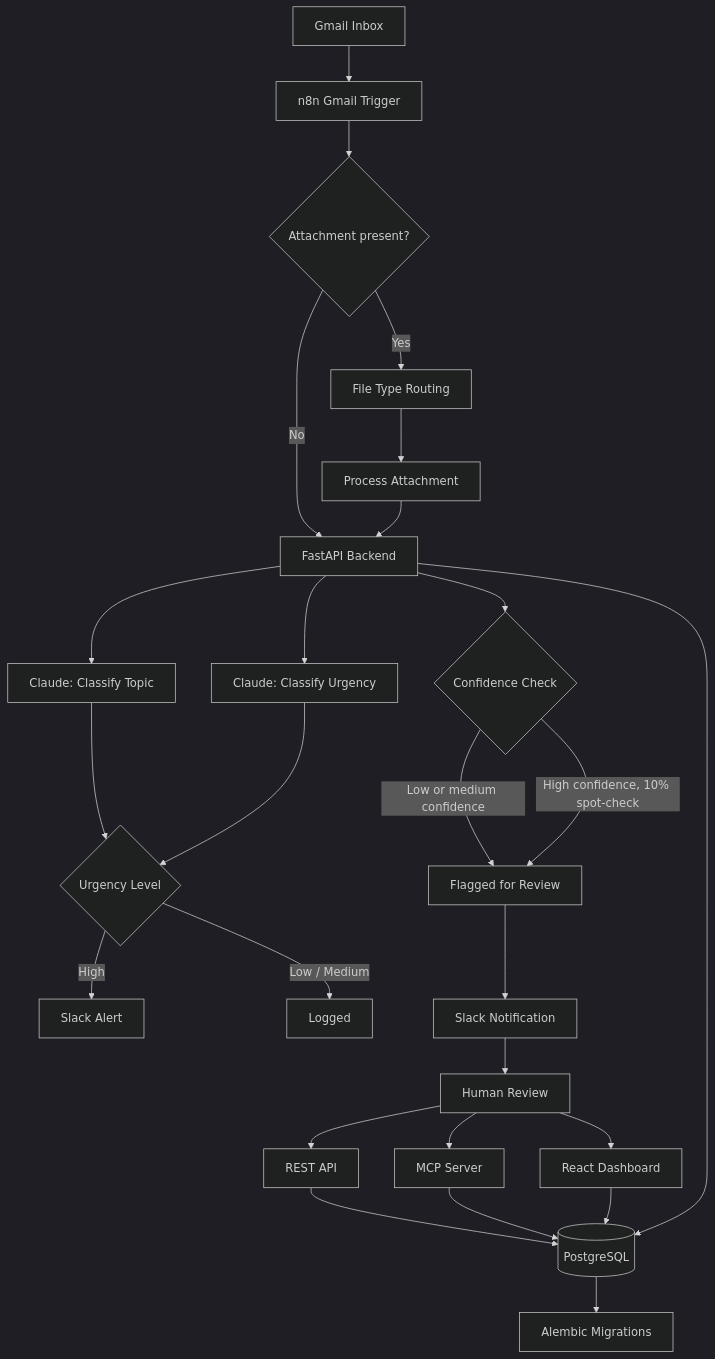
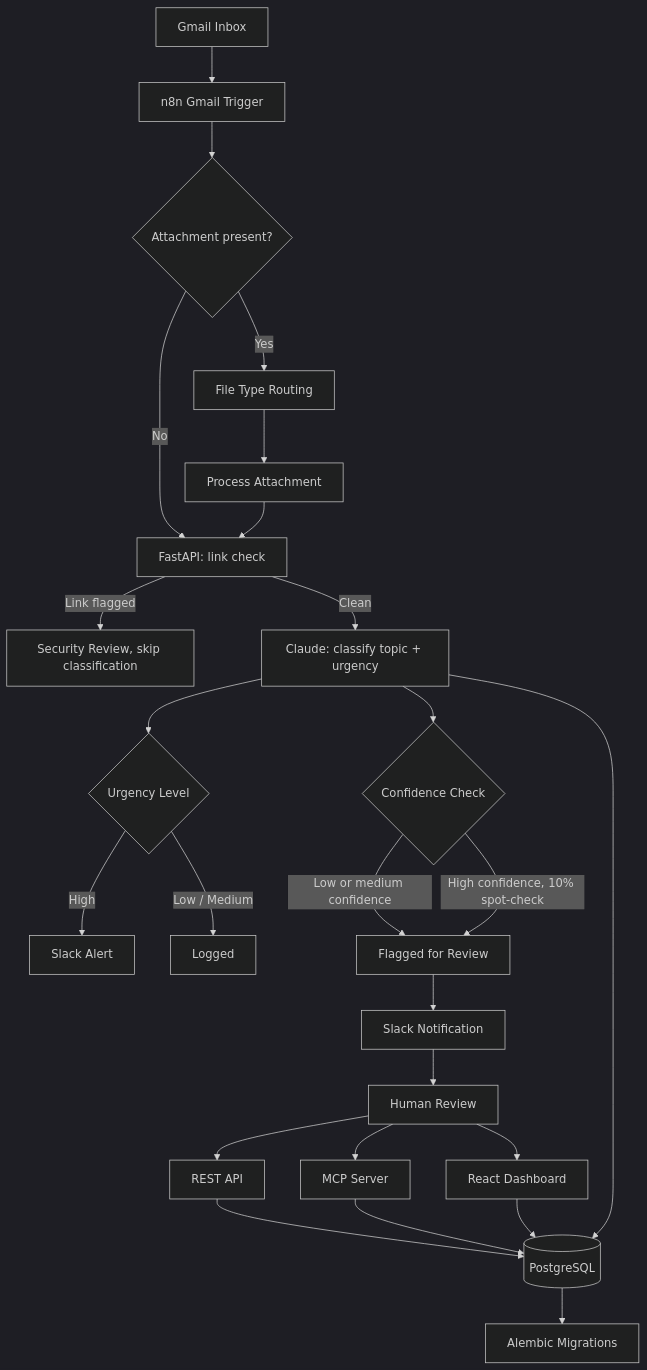
One commit to dixitdevarshi/ai-ticket-triage changed the diagram in README.md. Above: the diagram before and after it, drawn with Mermaid (dark theme). The commit also changed other lines of this file, not shown here.

Commit message:
Fix architecture diagram and rewrite architecture description

````diff
--- a/README.md
+++ b/README.md
@@ -7,28 +7,27 @@
 ```mermaid
 flowchart TD
     A[Gmail Inbox] --> B[n8n Gmail Trigger]
     B --> C{Attachment present?}
-    C -->|No| D[FastAPI Backend]
+    C -->|No| D0[FastAPI: link check]
     C -->|Yes| E[File Type Routing]
     E --> F[Process Attachment]
-    F --> D
-    D --> G[Claude: Classify Topic]
-    D --> H[Claude: Classify Urgency]
-    G --> I{Urgency Level}
-    H --> I
+    F --> D0
+    D0 -->|Link flagged| SR[Security Review, skip classification]
+    D0 -->|Clean| D[Claude: classify topic + urgency]
+    D --> I{Urgency Level}
     I -->|High| J[Slack Alert]
     I -->|Low / Medium| K[Logged]
     D --> L{Confidence Check}
     L -->|Low or medium confidence| M[Flagged for Review]
     L -->|High confidence, 10% spot-check| M
     M --> N[Slack Notification]
     N --> O[Human Review]
     O --> P[REST API]
     O --> Q[MCP Server]
     O --> R[React Dashboard]
     P --> S[(PostgreSQL)]
     Q --> S
     R --> S
     D --> S
     S --> T[Alembic Migrations]
 ```
````
